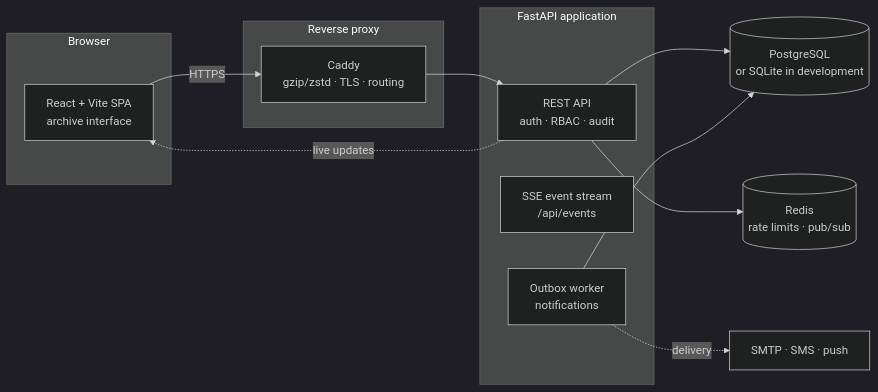
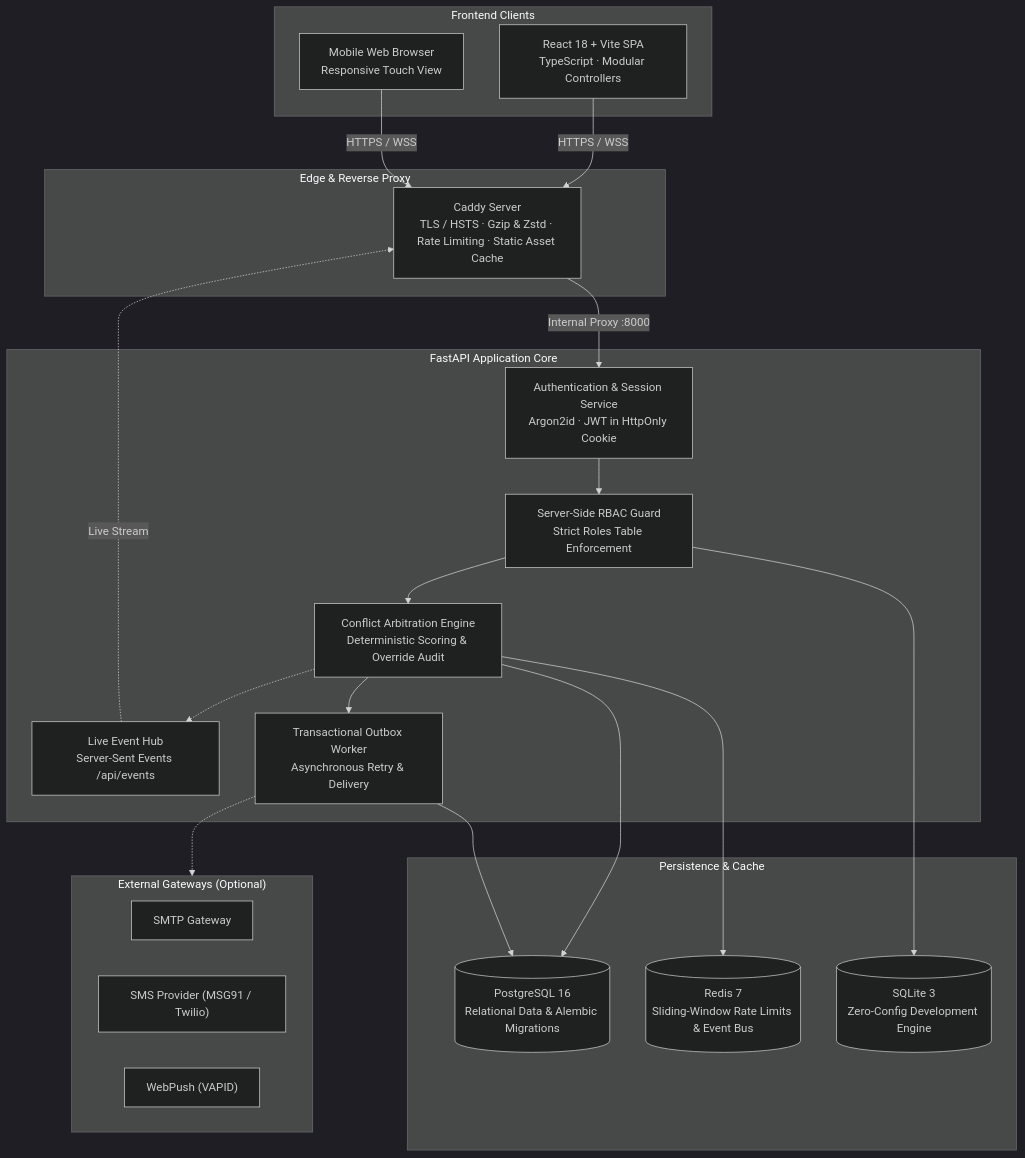
Before and after one commit to Abishrii/Crisis-Resource-Conflict-Resolution-Platform: the second of 3 diagrams in README.md, drawn with Mermaid (dark theme). The commit also changed other lines of this file, not shown here.

````diff
--- a/README.md
+++ b/README.md
@@ -163,27 +168,45 @@
 ```mermaid
-flowchart LR
-  subgraph Client["Browser"]
-    UI["React + Vite SPA<br/>archive interface"]
-  end
+flowchart TD
+    subgraph Clients["Frontend Clients"]
+        SPA["React 18 + Vite SPA<br/>TypeScript · Modular Controllers"]
+        Mobile["Mobile Web Browser<br/>Responsive Touch View"]
+    end
 
-  subgraph Edge["Reverse proxy"]
-    C["Caddy<br/>gzip/zstd · TLS · routing"]
-  end
+    subgraph Edge["Edge & Reverse Proxy"]
+        Caddy["Caddy Server<br/>TLS / HSTS · Gzip & Zstd · Rate Limiting · Static Asset Cache"]
+    end
 
-  subgraph Server["FastAPI application"]
-    A["REST API<br/>auth · RBAC · audit"]
-    S["SSE event stream<br/>/api/events"]
-    O["Outbox worker<br/>notifications"]
-  end
+    subgraph AppTier["FastAPI Application Core"]
+        Auth["Authentication & Session Service<br/>Argon2id · JWT in HttpOnly Cookie"]
+        RBAC["Server-Side RBAC Guard<br/>Strict Roles Table Enforcement"]
+        TriageEngine["Conflict Arbitration Engine<br/>Deterministic Scoring & Override Audit"]
+        SSEHub["Live Event Hub<br/>Server-Sent Events /api/events"]
+        OutboxWorker["Transactional Outbox Worker<br/>Asynchronous Retry & Delivery"]
+    end
 
-  DB[("PostgreSQL<br/>or SQLite in development")]
-  R[("Redis<br/>rate limits · pub/sub")]
+    subgraph DataTier["Persistence & Cache"]
+        Postgres[("PostgreSQL 16<br/>Relational Data & Alembic Migrations")]
+        RedisDB[("Redis 7<br/>Sliding-Window Rate Limits & Event Bus")]
+        SQLiteDev[("SQLite 3<br/>Zero-Config Development Engine")]
+    end
 
-  UI -->|HTTPS| C
-  C --> A
-  A --> DB
-  A --> R
-  A -. live updates .-> UI
-  O --> DB
-  O -. delivery .-> External["SMTP · SMS · push"]
+    subgraph External["External Gateways (Optional)"]
+        SMTP["SMTP Gateway"]
+        SMS["SMS Provider (MSG91 / Twilio)"]
+        Push["WebPush (VAPID)"]
+    end
+
+    SPA -->|HTTPS / WSS| Caddy
+    Mobile -->|HTTPS / WSS| Caddy
+    Caddy -->|Internal Proxy :8000| Auth
+    Auth --> RBAC
+    RBAC --> TriageEngine
+    TriageEngine --> Postgres
+    TriageEngine --> RedisDB
+    RBAC --> SQLiteDev
+    TriageEngine -.-> SSEHub
+    SSEHub -.->|Live Stream| Caddy
+    TriageEngine --> OutboxWorker
+    OutboxWorker --> Postgres
+    OutboxWorker -.-> External
 ```
````
